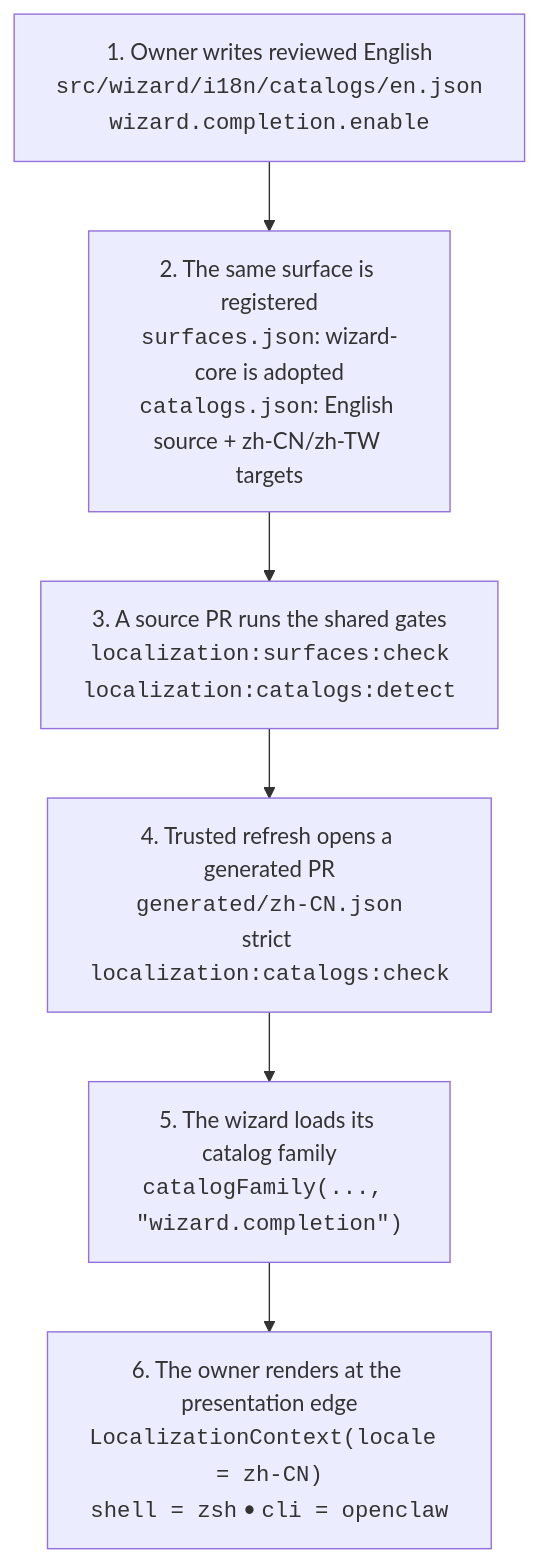
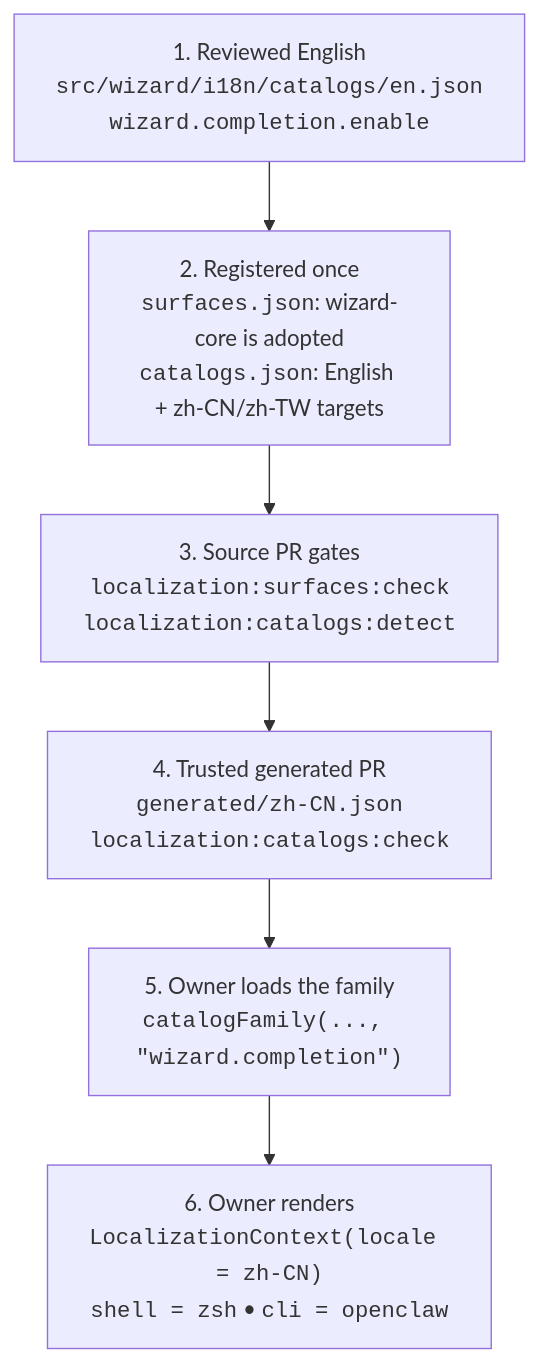
The second of 2 diagrams in rfcs/0024-localization-runtime-and-coverage.md (openclaw/rfcs), drawn with Mermaid before and after one commit. The commit also changed other lines of this file and 3 other files, not shown here.

````diff
--- a/rfcs/0024-localization-runtime-and-coverage.md
+++ b/rfcs/0024-localization-runtime-and-coverage.md
@@ -151,11 +144,11 @@
 ```mermaid
 flowchart TB
-  EN["1. Owner writes reviewed English<br/><code>src/wizard/i18n/catalogs/en.json</code><br/><code>wizard.completion.enable</code>"]
-  REGISTER["2. The same surface is registered<br/><code>surfaces.json</code>: wizard-core is adopted<br/><code>catalogs.json</code>: English source + zh-CN/zh-TW targets"]
-  DETECT["3. A source PR runs the shared gates<br/><code>localization:surfaces:check</code><br/><code>localization:catalogs:detect</code>"]
-  REFRESH["4. Trusted refresh opens a generated PR<br/><code>generated/zh-CN.json</code><br/>strict <code>localization:catalogs:check</code>"]
-  LOAD["5. The wizard loads its catalog family<br/><code>catalogFamily(..., &quot;wizard.completion&quot;)</code>"]
-  RENDER["6. The owner renders at the presentation edge<br/><code>LocalizationContext(locale = zh-CN)</code><br/><code>shell = zsh</code> • <code>cli = openclaw</code>"]
+  EN["1. Reviewed English<br/><code>src/wizard/i18n/catalogs/en.json</code><br/><code>wizard.completion.enable</code>"]
+  REGISTER["2. Registered once<br/><code>surfaces.json</code>: wizard-core is adopted<br/><code>catalogs.json</code>: English + zh-CN/zh-TW targets"]
+  DETECT["3. Source PR gates<br/><code>localization:surfaces:check</code><br/><code>localization:catalogs:detect</code>"]
+  REFRESH["4. Trusted generated PR<br/><code>generated/zh-CN.json</code><br/><code>localization:catalogs:check</code>"]
+  LOAD["5. Owner loads the family<br/><code>catalogFamily(..., &quot;wizard.completion&quot;)</code>"]
+  RENDER["6. Owner renders<br/><code>LocalizationContext(locale = zh-CN)</code><br/><code>shell = zsh</code> • <code>cli = openclaw</code>"]
 
   EN --> REGISTER --> DETECT --> REFRESH --> LOAD --> RENDER
 ```
````
